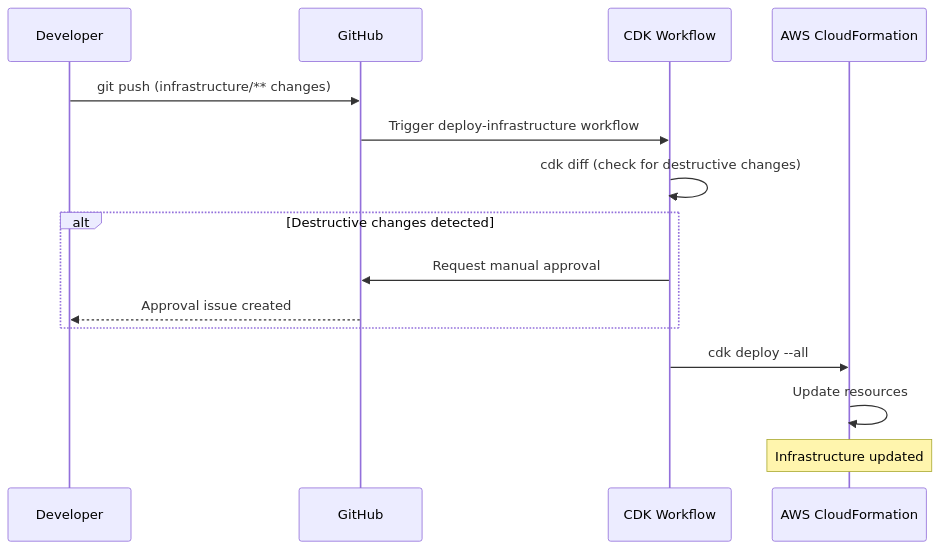
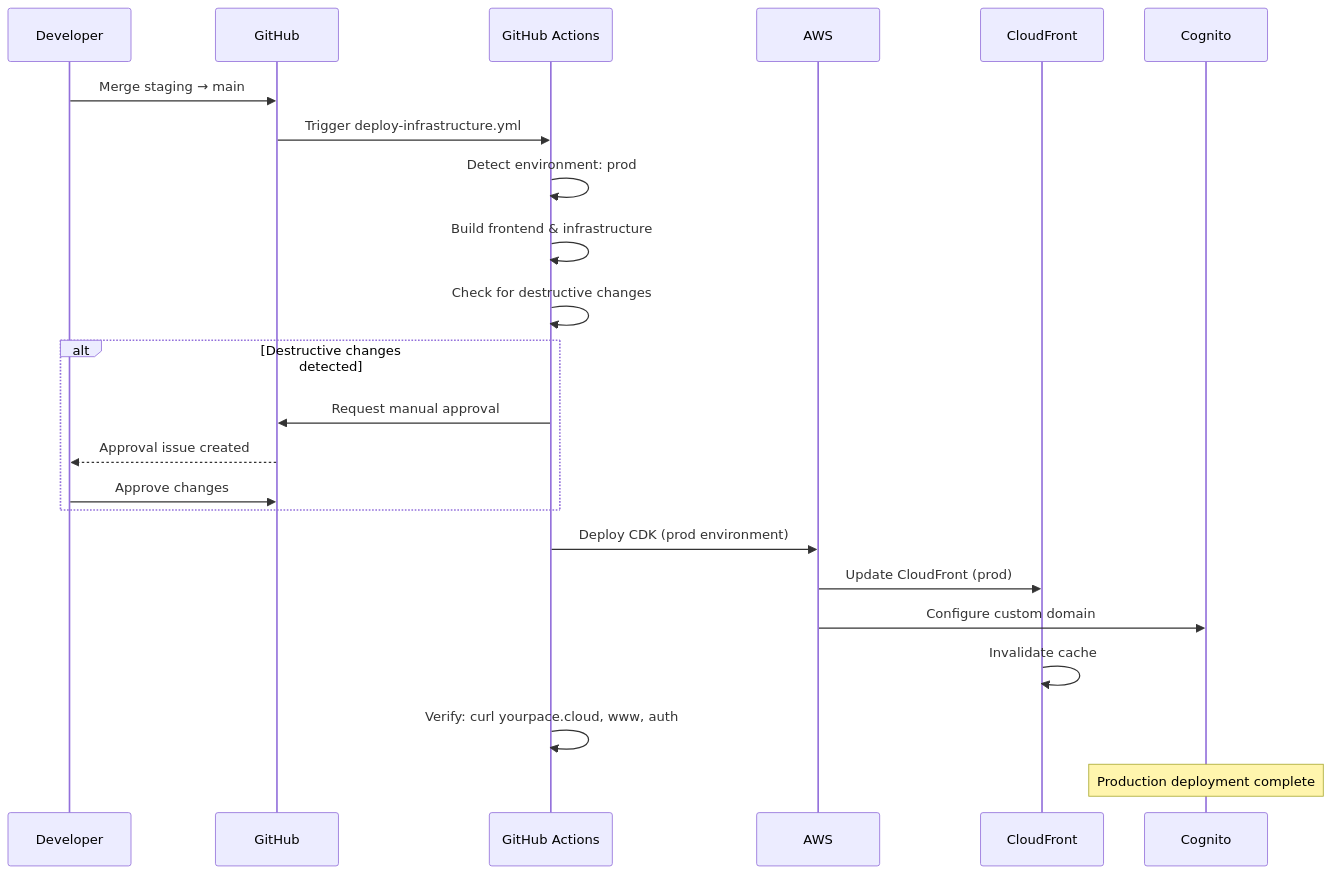
Before and after one commit to DigiAye/yourpace: the fourth of 4 diagrams in docs/CI-CD-PIPELINE.md, drawn with Mermaid. The commit also changed other lines of this file and 16 other files, not shown here.

````diff
--- a/docs/CI-CD-PIPELINE.md
+++ b/docs/CI-CD-PIPELINE.md
@@ -89,18 +111,26 @@
 ```mermaid
 sequenceDiagram
     participant Dev as Developer
     participant GH as GitHub
-    participant CDK as CDK Workflow
-    participant AWS as AWS CloudFormation
+    participant GHA as GitHub Actions
+    participant AWS as AWS
+    participant CF as CloudFront
+    participant Cognito as Cognito
 
-    Dev->>GH: git push (infrastructure/** changes)
-    GH->>CDK: Trigger deploy-infrastructure workflow
-    CDK->>CDK: cdk diff (check for destructive changes)
+    Dev->>GH: Merge staging → main
+    GH->>GHA: Trigger deploy-infrastructure.yml
+    GHA->>GHA: Detect environment: prod
+    GHA->>GHA: Build frontend & infrastructure
+    GHA->>GHA: Check for destructive changes
     alt Destructive changes detected
-        CDK->>GH: Request manual approval
+        GHA->>GH: Request manual approval
         GH-->>Dev: Approval issue created
+        Dev->>GH: Approve changes
     end
-    CDK->>AWS: cdk deploy --all
-    AWS->>AWS: Update resources
-    Note over AWS: Infrastructure updated
+    GHA->>AWS: Deploy CDK (prod environment)
+    AWS->>CF: Update CloudFront (prod)
+    AWS->>Cognito: Configure custom domain
+    CF->>CF: Invalidate cache
+    GHA->>GHA: Verify: curl yourpace.cloud, www, auth
+    Note over Cognito: Production deployment complete
 ```
````
